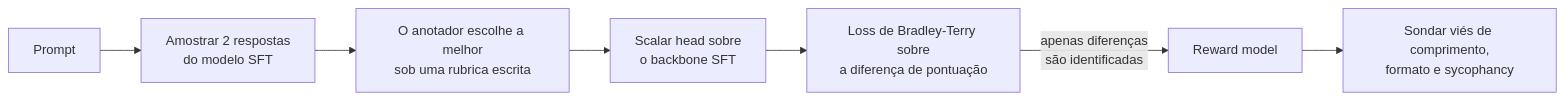
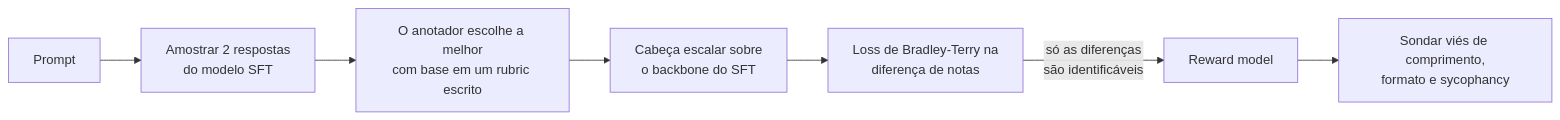
Diagram 11 of 29 in 05-fine-tuning-and-alignment/questions.pt-BR.md (andrevberaldo/AI-Engineer-Interview-Questions), drawn with Mermaid before and after one commit. The commit also changed other lines of this file and 1 other file, not shown here.

````diff
--- a/05-fine-tuning-and-alignment/questions.pt-BR.md
+++ b/05-fine-tuning-and-alignment/questions.pt-BR.md
@@ -504,9 +504,9 @@
 ```mermaid
 flowchart LR
     A["Prompt"] --> B["Amostrar 2 respostas<br/>do modelo SFT"]
-    B --> C["O anotador escolhe a melhor<br/>sob uma rubrica escrita"]
-    C --> D["Scalar head sobre<br/>o backbone SFT"]
-    D --> E["Loss de Bradley-Terry sobre<br/>a diferença de pontuação"]
-    E -->|"apenas diferenças<br/>são identificadas"| F["Reward model"]
+    B --> C["O anotador escolhe a melhor<br/>com base em um rubric escrito"]
+    C --> D["Cabeça escalar sobre<br/>o backbone do SFT"]
+    D --> E["Loss de Bradley-Terry na<br/>diferença de notas"]
+    E -->|"só as diferenças<br/>são identificáveis"| F["Reward model"]
     F --> G["Sondar viés de comprimento,<br/>formato e sycophancy"]
 ```
````
